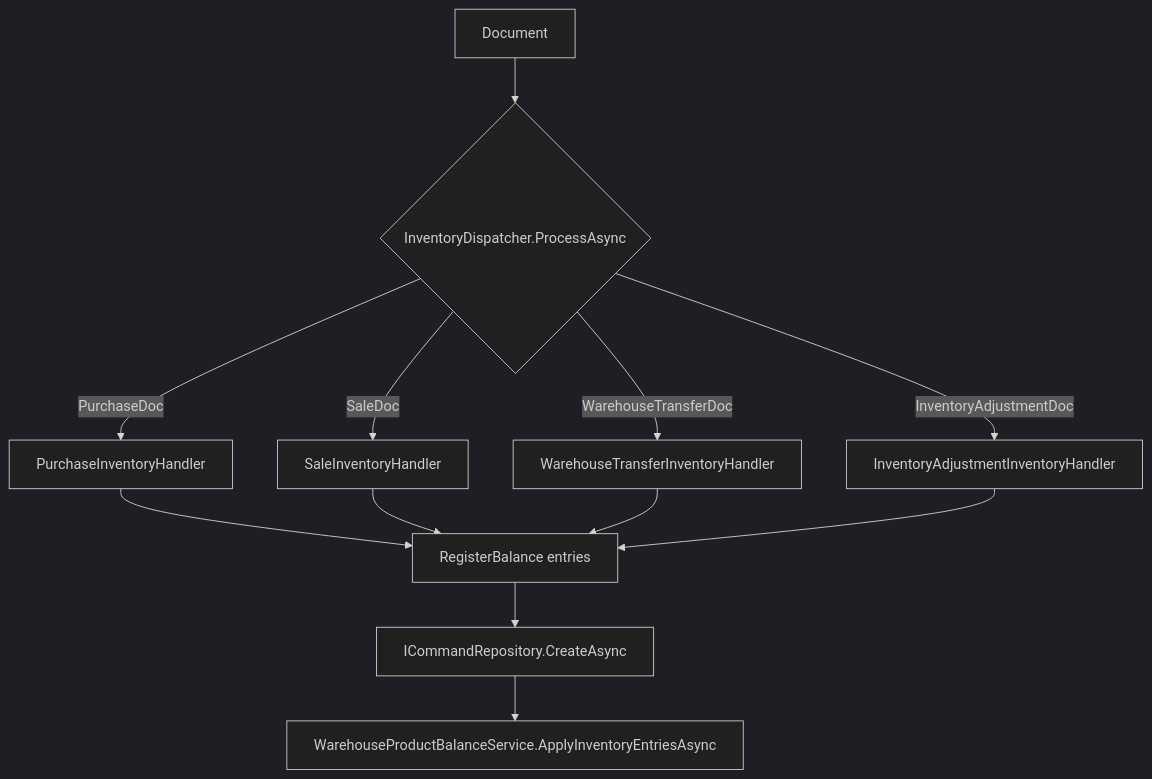
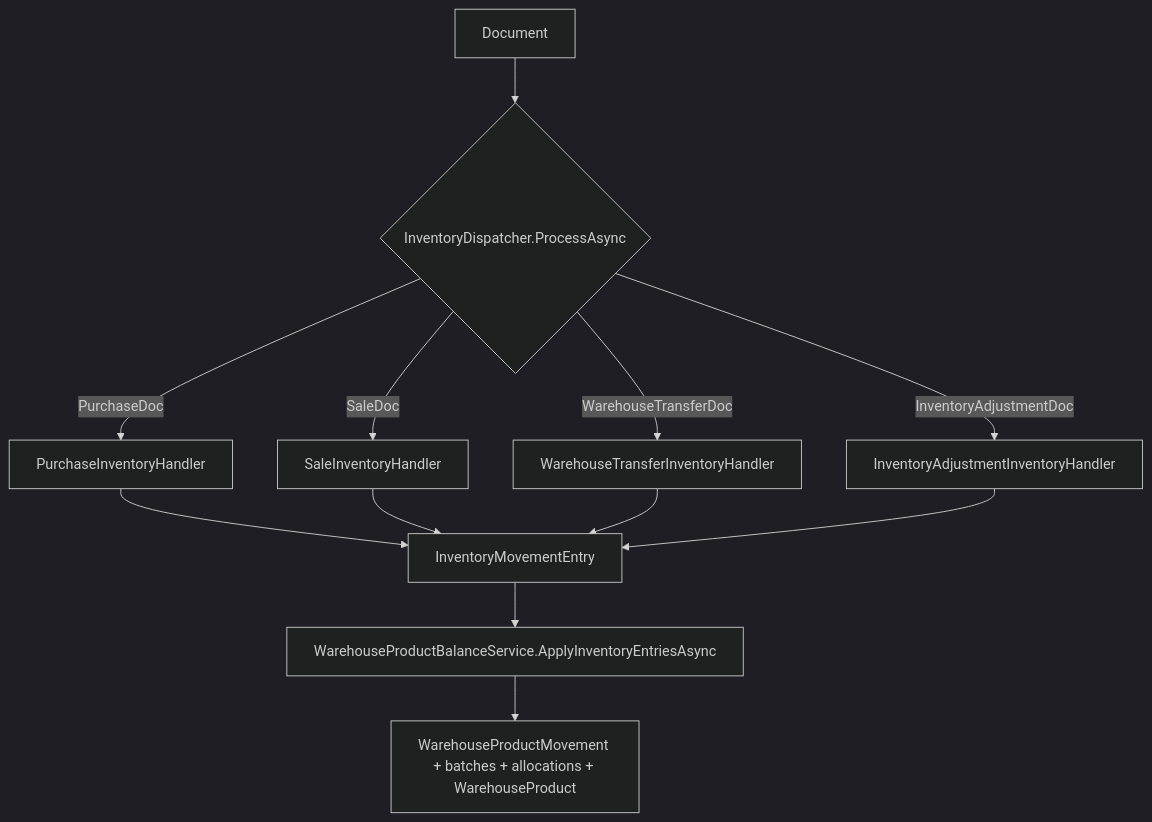
The eighth of 11 diagrams in docs/product-services-documentation.md (dasturchione/AccountingBack), drawn with Mermaid (dark theme) before and after one commit. The commit also changed other lines of this file and 65 other files, not shown here.

````diff
--- a/docs/product-services-documentation.md
+++ b/docs/product-services-documentation.md
@@ -357,16 +356,16 @@
 ```mermaid
 flowchart TD
     Doc["Document"] --> Dispatch{"InventoryDispatcher.ProcessAsync"}
     Dispatch -->|PurchaseDoc| PH["PurchaseInventoryHandler"]
     Dispatch -->|SaleDoc| SH["SaleInventoryHandler"]
     Dispatch -->|WarehouseTransferDoc| TH["WarehouseTransferInventoryHandler"]
     Dispatch -->|InventoryAdjustmentDoc| AH["InventoryAdjustmentInventoryHandler"]
 
-    PH --> Entries["RegisterBalance entries"]
+    PH --> Entries["InventoryMovementEntry"]
     SH --> Entries
     TH --> Entries
     AH --> Entries
 
-    Entries --> Save["ICommandRepository<RegisterBalance>.CreateAsync"]
-    Save --> WP["WarehouseProductBalanceService.ApplyInventoryEntriesAsync"]
+    Entries --> WP["WarehouseProductBalanceService.ApplyInventoryEntriesAsync"]
+    WP --> Save["WarehouseProductMovement + batches + allocations + WarehouseProduct"]
 ```
````
